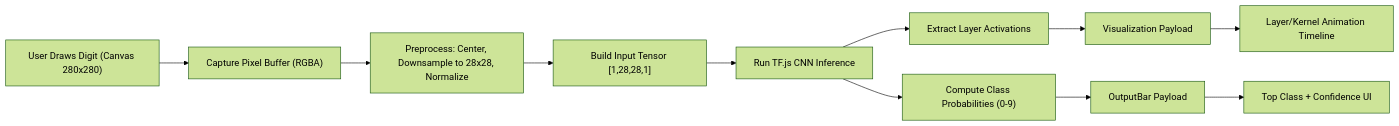
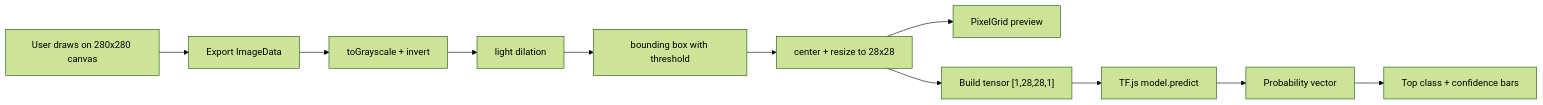
The diagram in docs/03-cnn-inference-pipeline.md (osvdevv/CNN-Visualizer), drawn with Mermaid (forest theme) before and after one commit. The commit also changed other lines of this file and 15316 other files, not shown here.

````diff
--- a/docs/03-cnn-inference-pipeline.md
+++ b/docs/03-cnn-inference-pipeline.md
@@ -16,13 +15,13 @@
 ```mermaid
 flowchart LR
-    A["User Draws Digit (Canvas 280x280)"] --> B["Capture Pixel Buffer (RGBA)"]
-    B --> C["Preprocess: Center, Downsample to 28x28, Normalize"]
-    C --> D["Build Input Tensor [1,28,28,1]"]
-    D --> E["Run TF.js CNN Inference"]
-    E --> F["Extract Layer Activations"]
-    E --> G["Compute Class Probabilities (0-9)"]
-    F --> H["Visualization Payload"]
-    G --> I["OutputBar Payload"]
-    H --> J["Layer/Kernel Animation Timeline"]
-    I --> K["Top Class + Confidence UI"]
+    A["User draws on 280x280 canvas"] --> B["Export ImageData"]
+    B --> C["toGrayscale + invert"]
+    C --> D["light dilation"]
+    D --> E["bounding box with threshold"]
+    E --> F["center + resize to 28x28"]
+    F --> G["PixelGrid preview"]
+    F --> H["Build tensor [1,28,28,1]"]
+    H --> I["TF.js model.predict"]
+    I --> J["Probability vector"]
+    J --> K["Top class + confidence bars"]
 ```
````
